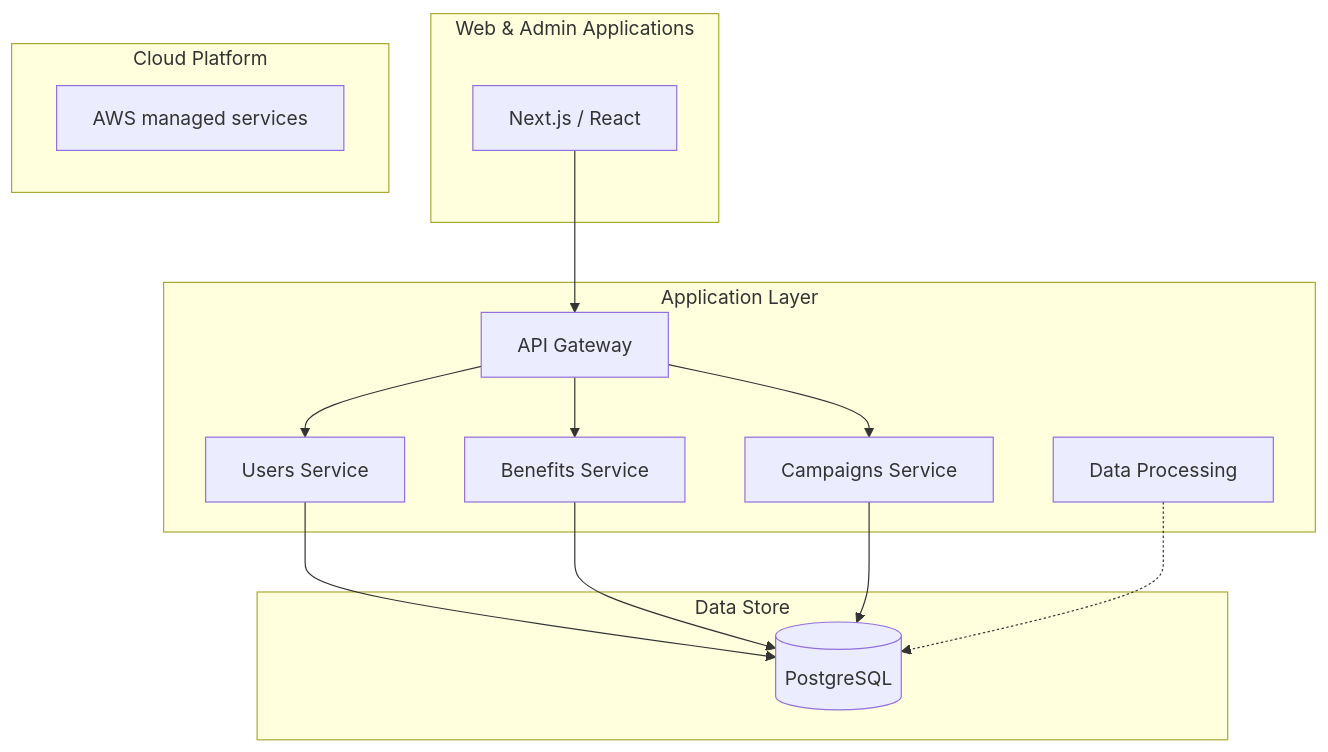
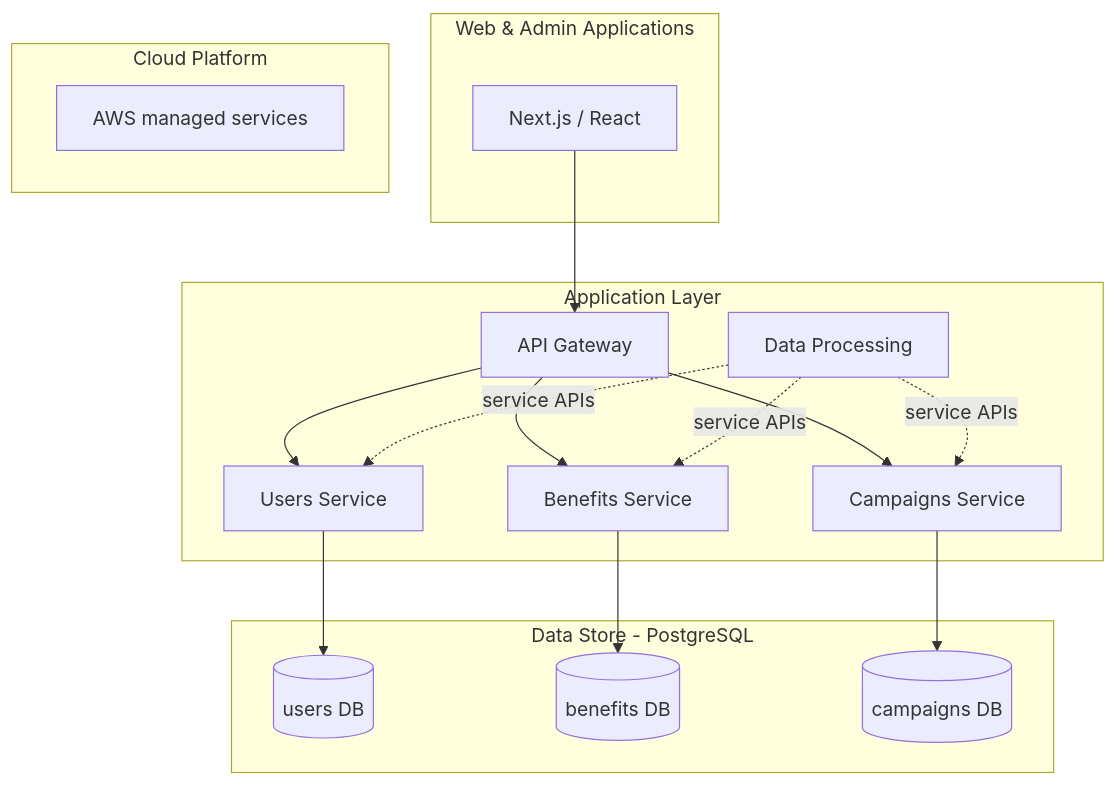
Before and after one commit to dmjacas/danier-marante-portfolio: the diagram in projects/merchant-miles/diagrams/container.md, drawn with Mermaid. The commit also changed other lines of this file and 3 other files, not shown here.

Commit message:
docs: validate MerchantMiles architecture and data claims

````diff
--- a/projects/merchant-miles/diagrams/container.md
+++ b/projects/merchant-miles/diagrams/container.md
@@ -3,31 +3,35 @@
 ```mermaid
 flowchart TD
     subgraph Web[Web & Admin Applications]
         Next[Next.js / React]
     end
 
     subgraph Api[Application Layer]
         GW[API Gateway]
         Users[Users Service]
         Benefits[Benefits Service]
         Campaigns[Campaigns Service]
         DataProc[Data Processing]
     end
 
-    subgraph Data[Data Store]
-        PG[(PostgreSQL)]
+    subgraph Data[Data Store - PostgreSQL]
+        PGU[(users DB)]
+        PGB[(benefits DB)]
+        PGC[(campaigns DB)]
     end
 
     Next --> GW
     GW --> Users
     GW --> Benefits
     GW --> Campaigns
-    Users --> PG
-    Benefits --> PG
-    Campaigns --> PG
-    DataProc -.-> PG
+    Users --> PGU
+    Benefits --> PGB
+    Campaigns --> PGC
+    DataProc -.->|service APIs| Users
+    DataProc -.->|service APIs| Benefits
+    DataProc -.->|service APIs| Campaigns
 
     subgraph Cloud[Cloud Platform]
         AWS[AWS managed services]
     end
 ```
````
